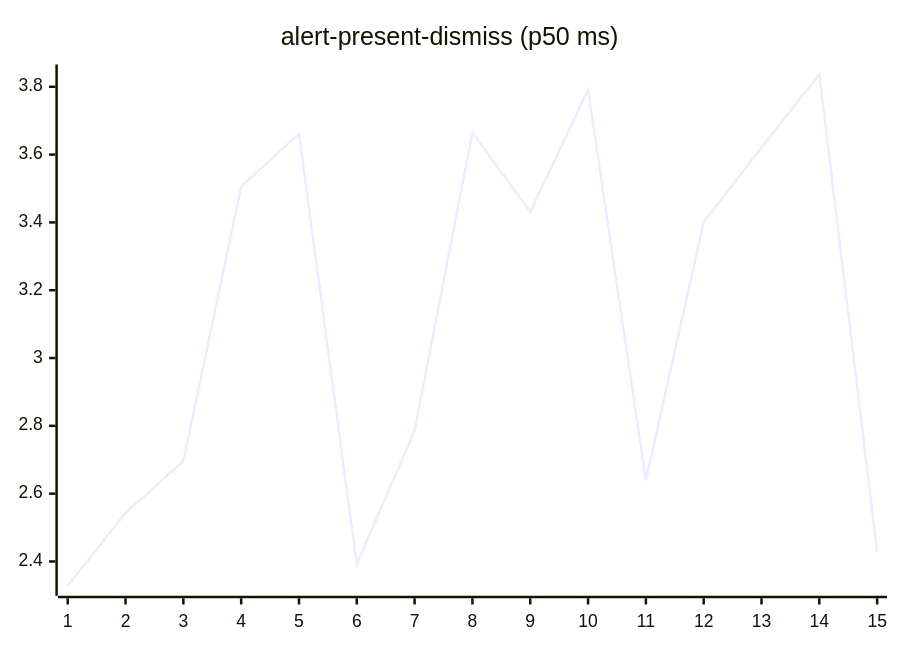
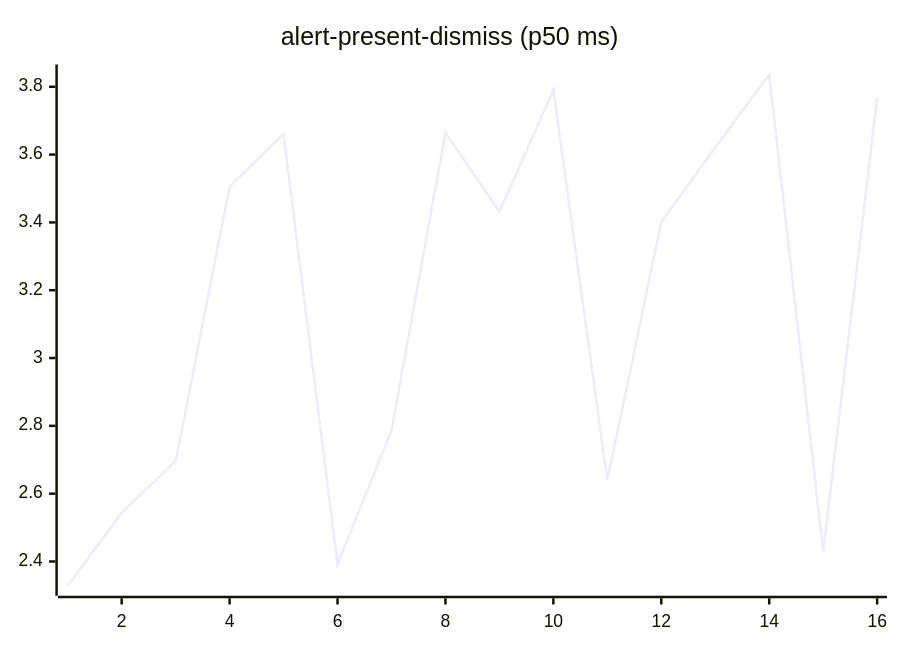
Before and after one commit to josha/Facet: the second of 27 diagrams in README.md, drawn with Mermaid. The commit also changed other lines of this file and 2 other files, not shown here.

````diff
--- a/README.md
+++ b/README.md
@@ -70,6 +70,6 @@
 ```mermaid
 xychart-beta
     title "alert-present-dismiss (p50 ms)"
-    x-axis 1 --> 15
-    line [2.3284, 2.5432, 2.6957, 3.5058, 3.6611, 2.3918, 2.7865, 3.6648, 3.4312, 3.7906, 2.6392, 3.4008, 3.6212, 3.8362, 2.4288]
+    x-axis 1 --> 16
+    line [2.3284, 2.5432, 2.6957, 3.5058, 3.6611, 2.3918, 2.7865, 3.6648, 3.4312, 3.7906, 2.6392, 3.4008, 3.6212, 3.8362, 2.4288, 3.7676]
 ```
````
